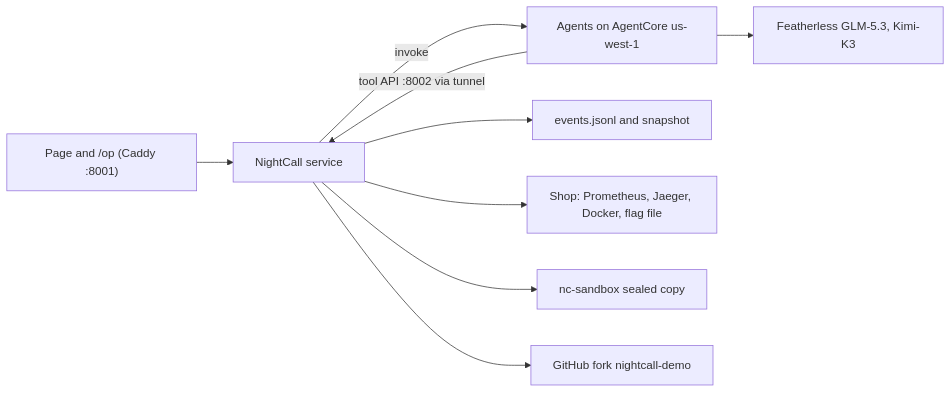
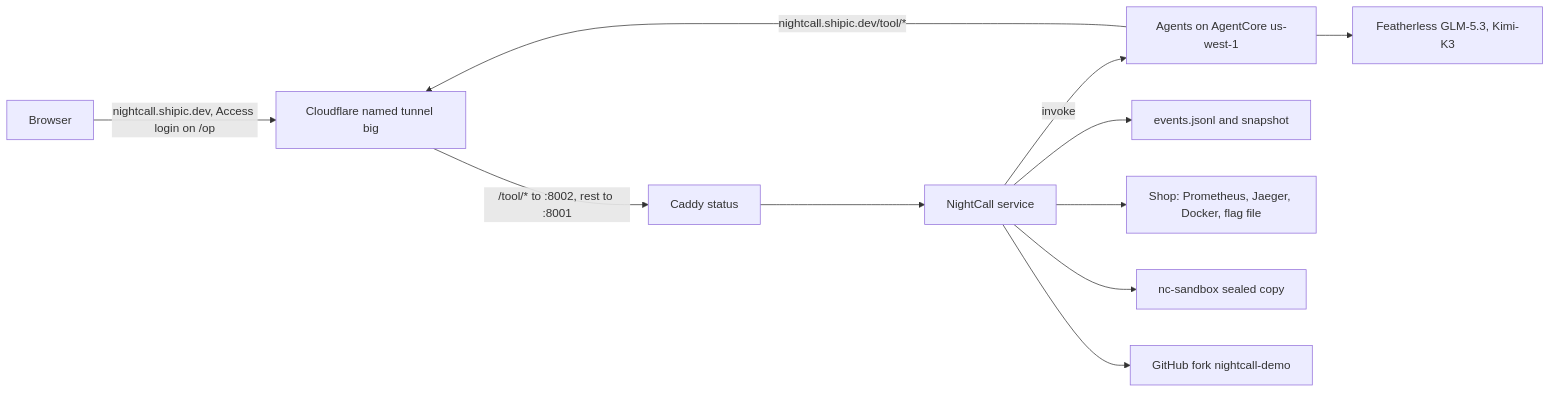
One commit to Naaman-Saif/NightCall changed the second of 2 diagrams in CLAUDE.md. Above: the diagram before and after it, drawn with Mermaid. The commit also changed 1 other file, not shown here.

Commit message:
docs: architecture diagrams route the page and agents through nightcall.shipic.dev and the named tunnel
Claude-Session: https://claude.ai/code/session_01KBa7tx88oRMzzWHSBkYeSv

````diff
--- a/CLAUDE.md
+++ b/CLAUDE.md
@@ -65,11 +65,13 @@
 ```mermaid
 flowchart LR
-  Page["Page and /op (Caddy :8001)"] --> Service["NightCall service"]
-  Agents["Agents on AgentCore us-west-1"] -- "tool API :8002 via tunnel" --> Service
+  Browser["Browser"] -- "nightcall.shipic.dev, Access login on /op" --> Tunnel["Cloudflare named tunnel big"]
+  Agents["Agents on AgentCore us-west-1"] -- "nightcall.shipic.dev/tool/*" --> Tunnel
+  Tunnel -- "/tool/* to :8002, rest to :8001" --> Caddy["Caddy status"]
+  Caddy --> Service["NightCall service"]
   Service -- invoke --> Agents
   Agents --> Models["Featherless GLM-5.3, Kimi-K3"]
   Service --> Log["events.jsonl and snapshot"]
   Service --> Shop["Shop: Prometheus, Jaeger, Docker, flag file"]
   Service --> Copy["nc-sandbox sealed copy"]
   Service --> Fork["GitHub fork nightcall-demo"]
 ```
````
